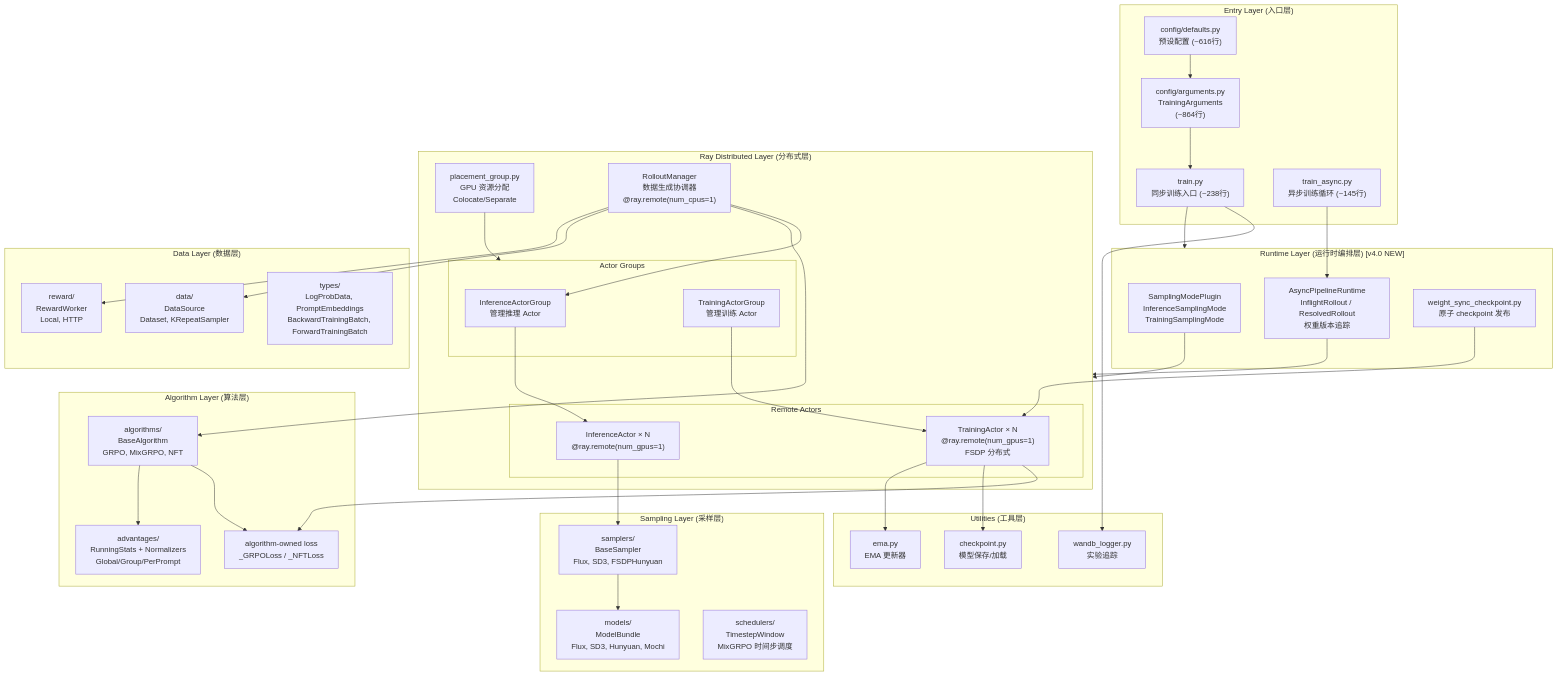
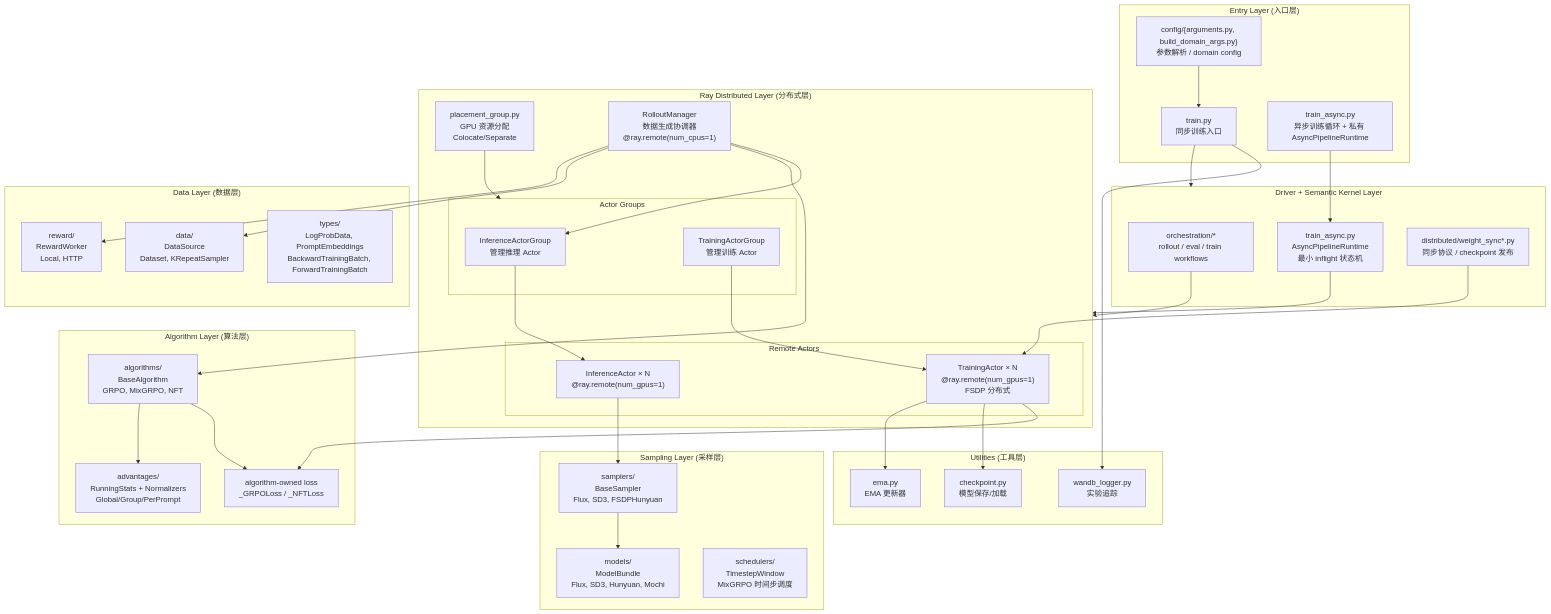
Before and after one commit to celve/unirl: diagram 12 of 27 in docs/Diffusion_RL_Design_Analysis.md, drawn with Mermaid. The commit also changed other lines of this file and 5 other files, not shown here.

Commit message:
docs: update architecture and workflow guides

````diff
--- a/docs/Diffusion_RL_Design_Analysis.md
+++ b/docs/Diffusion_RL_Design_Analysis.md
@@ -1771,16 +1571,15 @@
 ```mermaid
 graph TB
     subgraph EntryLayer["Entry Layer (入口层)"]
-        Train["train.py<br/>同步训练入口 (~238行)"]
-        TrainAsync["train_async.py<br/>异步训练循环 (~145行)"]
-        Config["config/arguments.py<br/>TrainingArguments<br/>(~864行)"]
-        Defaults["config/defaults.py<br/>预设配置 (~616行)"]
+        Train["train.py<br/>同步训练入口"]
+        TrainAsync["train_async.py<br/>异步训练循环 + 私有 AsyncPipelineRuntime"]
+        Config["config/{arguments.py, build_domain_args.py}<br/>参数解析 / domain config"]
     end
 
-    subgraph RuntimeLayer["Runtime Layer (运行时编排层) [v4.0 NEW]"]
-        SMA["SamplingModePlugin<br/>InferenceSamplingMode<br/>TrainingSamplingMode"]
-        APR["AsyncPipelineRuntime<br/>InflightRollout / ResolvedRollout<br/>权重版本追踪"]
-        WSC["weight_sync_checkpoint.py<br/>原子 checkpoint 发布"]
+    subgraph RuntimeLayer["Driver + Semantic Kernel Layer"]
+        WF["orchestration/*<br/>rollout / eval / train workflows"]
+        APR["train_async.py<br/>AsyncPipelineRuntime<br/>最小 inflight 状态机"]
+        WSC["distributed/weight_sync*.py<br/>同步协议 / checkpoint 发布"]
     end
 
     subgraph RayLayer["Ray Distributed Layer (分布式层)"]
@@ -1826,9 +1625,7 @@
     Train --> RuntimeLayer
     TrainAsync --> APR
     Config --> Train
-    Defaults --> Config
-
-    SMA --> RayLayer
+    WF --> RayLayer
     APR --> RayLayer
     WSC --> TA
 
````
